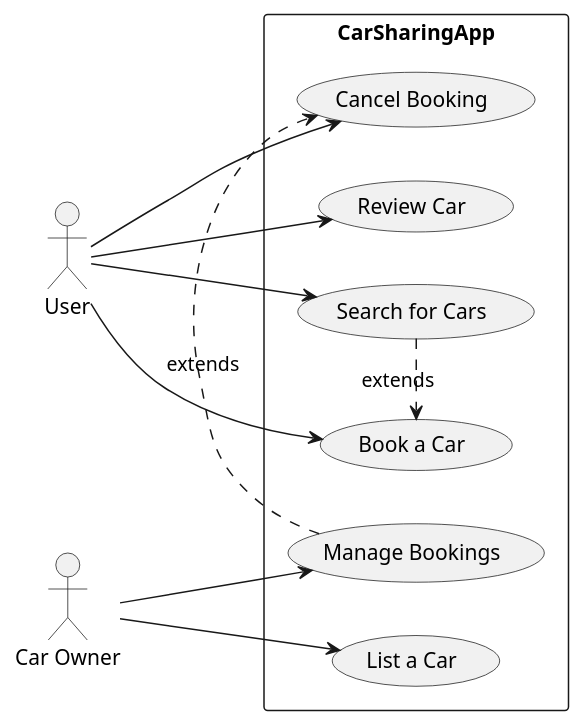
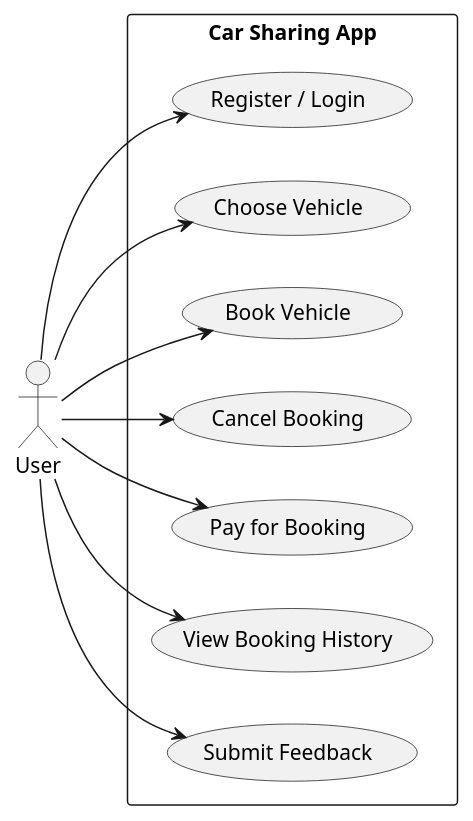
The diagram in 2_openai/me/diagrams/1._use_case_diagram_for_core_features.puml (trungnv184/agents), drawn with PlantUML before and after one commit. The commit also changed other lines of this file and 6 other files, not shown here.

```diff
--- a/2_openai/me/diagrams/1._use_case_diagram_for_core_features.puml
+++ b/2_openai/me/diagrams/1._use_case_diagram_for_core_features.puml
@@ -3,19 +3,24 @@
-@startuml CarSharingApp_UseCase
+@startuml
 left to right direction
 skinparam packageStyle rectangle
 
 actor "User" as user
-actor "Car Owner" as owner
-
-rectangle CarSharingApp {
-  user --> (Search for Cars)
-  user --> (Book a Car)
-  user --> (Cancel Booking)
-  user --> (Review Car)
-  owner --> (List a Car)
-  owner --> (Manage Bookings)
-  (Search for Cars) .> (Book a Car) : extends
-  (Manage Bookings) .> (Cancel Booking) : extends
+rectangle "Car Sharing App" {
+  usecase "Register / Login" as UC1
+  usecase "Choose Vehicle" as UC2
+  usecase "Book Vehicle" as UC3
+  usecase "Cancel Booking" as UC4
+  usecase "Pay for Booking" as UC5
+  usecase "View Booking History" as UC6
+  usecase "Submit Feedback" as UC7
 }
 
+user --> UC1
+user --> UC2
+user --> UC3
+user --> UC4
+user --> UC5
+user --> UC6
+user --> UC7
+
 @enduml
```
